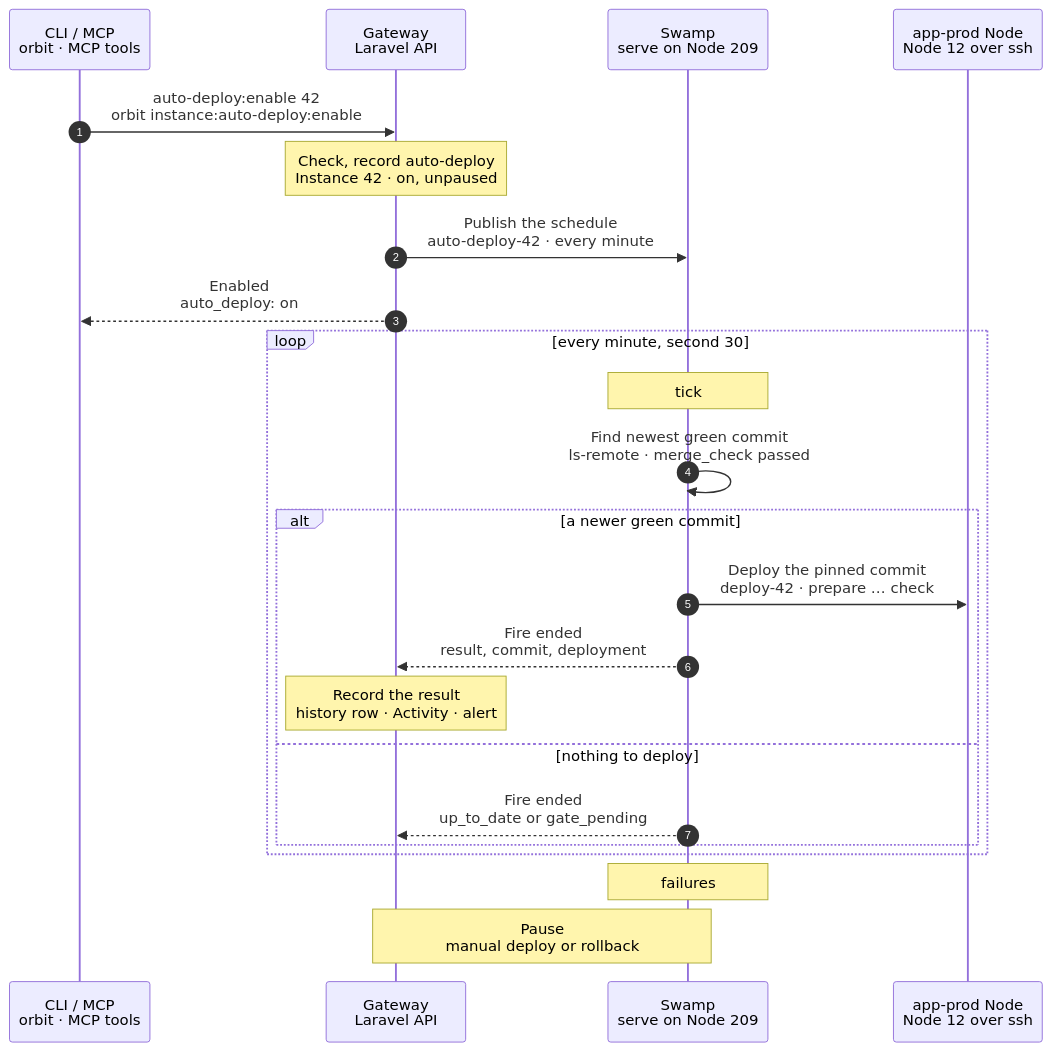
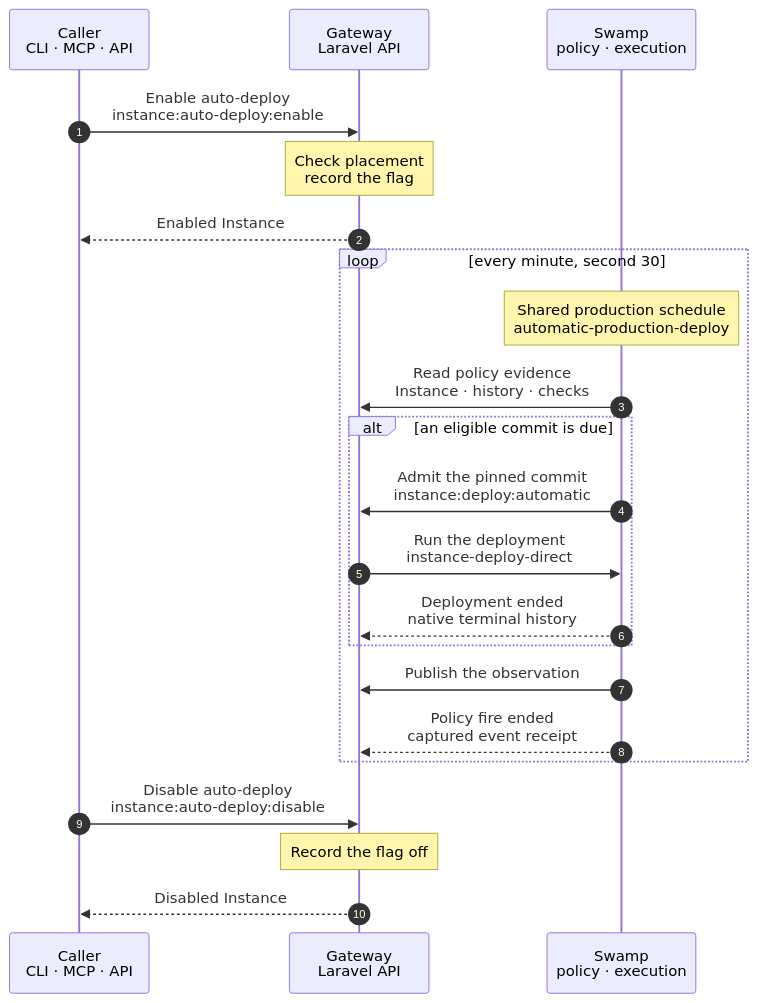
Before and after one commit to hardimpactdev/orbit: the diagram in docs/cli/instance/auto-deploy.mmd, drawn with Mermaid. The commit also changed 11 other files, not shown here.

First line of the commit message:
fix(instances): bound development retries without deployment history

```diff
--- a/docs/cli/instance/auto-deploy.mmd
+++ b/docs/cli/instance/auto-deploy.mmd
@@ -1,97 +1,53 @@
 sequenceDiagram
-  %% Production policy only. Development uses the independent Gateway precheck for active container defaults with a seed in container/deploy-default.mmd; checkout working trees are never auto-deployed. This schedule and its persisted pause are never changed by that tick.
-  %% Target design: DECISIONS 3 (automatic deploy = Gateway-published native schedule, no POST back), R1-R2, ADR 0244, behavior names by target. Replaces instance.policy_event. docs/reference/deployments.md#automatic-deployments.
-  %% Tightened: flow-tighten 2026-11-02, rules 3, 5 (no per-minute Node read: the schedule inputs carry the deployed commit, and the Gateway republishes them on each deploy).
+  %% Development uses the Gateway precheck in container/deploy-default.mmd. Production uses one shared native schedule; an Instance flag never changes its trigger or persisted pause.
   %% status: reviewed
   %% command: instance:auto-deploy:enable · Automatic deploys
   %% kind: instance.auto_deploy
   autonumber
   %% lane CLI icon=terminal pill=caller tone=gray
   %% lane GW icon=gateway pill=intent tone=blue
   %% lane SW icon=workflow pill=executes tone=green
-  %% lane N icon=server pill=target tone=amber
-  participant CLI as CLI / MCP<br/>orbit · MCP tools
+  participant CLI as Caller<br/>CLI · MCP · API
   participant GW as Gateway<br/>Laravel API
-  participant SW as Swamp<br/>serve on Node 209
-  participant N as app-prod Node<br/>Node 12 over ssh
-  CLI->>GW: auto-deploy:enable 42<br/>orbit instance:auto-deploy:enable
-  %%> Command:
-  %%> - `orbit instance:auto-deploy:enable 42`
-  %%> - syntax: `<instance>`; `instance:auto-deploy:disable <instance>` turns it off
-  %%> What it does:
-  %%> - turns the one auto_deploy flag on for production Instance 42 or a ready development container default
-  %%> - development configuration checks the shared ready-container policy without requiring the flag already on; checkout Instances refuse with instance.auto_deploy_container_default_required
-  %%> - the development scheduler and admission require the flag on; disable turns it off for that Instance without changing the production schedule
-  %%> - also resumes an Instance that a manual deploy or rollback paused
-  %%> Not included:
-  %%> - deploys nothing now and changes nothing on the Node
-  %%> Typical use:
-  %%> - a production Instance follows `main`: merge a PR, CI turns green, the next fire deploys it
-  Note over GW: Check, record auto-deploy<br/>Instance 42 · on, unpaused
+  participant SW as Swamp<br/>policy · execution
+  CLI->>GW: Enable auto-deploy<br/>instance:auto-deploy:enable
+  Note over GW: Check placement<br/>record the flag
   %%> Requirements:
-  %%> - your Node has an access grant to Node 12
-  %%> - Instance 42 is an active production Instance; before its first succeeded deployment the check reports `not_deployed`
-  %%> - when the Project has a `merge_check`, the GitHub App can read its check runs
+  %%> - an active production Instance or a ready development container default; checkout working trees refuse
+  %%> - a configured Project merge_check must be readable through the GitHub App
   %%> Result:
-  %%> - auto-deploy recorded as on and unpaused
-  GW->>SW: Publish the schedule<br/>auto-deploy-42 · every minute
-  %%> What it does:
-  %%> - publishes one native Swamp schedule for Instance 42
-  %%> Inputs:
-  %%> - branch, `merge_check`, blocked commits, retry times
-  %%> - the deployed commit; the Gateway republishes the inputs after each deploy or rollback
-  %%> - vault key names for the read token; the Gateway keeps the token fresh in the vault
-  %%> Why:
-  %%> - the run has everything it needs; it never calls the Gateway
-  GW-->>CLI: Enabled<br/>auto_deploy: on
-  %%> What you get:
-  %%> - the Instance with auto-deploy on, at once
-  %%> - no task: publishing the schedule is part of the command
+  %%> - sets the Instance's auto_deploy flag and resume point; starts no deployment
+  %%> - warns with the Project name when no merge check is configured: every moved head deploys until one is set
+  GW-->>CLI: Enabled Instance
   loop every minute, second 30
-    Note over SW: tick
-    %%> Native policy producer:
-    %%> - the retained fleet policy selects work and produces the complete event receipt
-    SW->>SW: Find newest green commit<br/>ls-remote · merge_check passed
+    Note over SW: Shared production schedule<br/>automatic-production-deploy
     %%> What it does:
-    %%> - reads the branch head with `git ls-remote`
-    %%> - walks first-parent history to the newest commit whose `merge_check` passed
-    %%> - skips blocked commits and commits whose retry isn't due
-    %%> Not included:
-    %%> - never deploys a red or pending commit
-    %%> - compares with the deployed commit from the inputs; no SSH to the production Node each minute
-    alt a newer green commit
-      SW->>N: Deploy the pinned commit<br/>deploy-42 · prepare … check
+    %%> - the single native schedule discovers enabled production Instances from the Gateway
+    %%> - keeps its persisted pause; enabling or disabling one Instance does not change this schedule
+    SW->>GW: Read policy evidence<br/>Instance · history · checks
+    %%> What it does:
+    %%> - reads the current deployed commit, target holder, resume point and Project merge_check
+    %%> - finds the newest eligible green commit on the first-parent chain; a red or pending head can have an older green ancestor
+    %%> - without a merge check, permits each moved head
+    alt an eligible commit is due
+      SW->>GW: Admit the pinned commit<br/>instance:deploy:automatic
       %%> What it does:
-      %%> - the same steps as `instance:deploy`, pinned to the commit
-      %%> - behavior `deploy-42`: one lock per Instance, so a manual deploy and a fire never overlap
-      SW-->>GW: Fire ended<br/>result, commit, deployment
-      %%> Returns:
-      %%> - the result (`started`, `failed`, `gate_failed`, …), the commit and the deployment outputs
-      Note over GW: Record the result<br/>history row · Activity · alert
+      %%> - saves a keyed intent before admission; the normal Gateway Instance lock excludes manual and automatic work
+      GW->>SW: Run the deployment<br/>instance-deploy-direct
+      %%> What it does:
+      %%> - follows instance:deploy with the pinned commit and full admitted intent
+      SW-->>GW: Deployment ended<br/>native terminal history
       %%> Result:
-      %%> - a deployment history row with origin `automatic`
-      %%> - one Activity entry `auto_deploy.<result>` when the result changes
-      %%> - a release alert for a failed deploy, a stalled commit or a pause
-      %%> On failure:
-      %%> - the commit is blocked, or gets a retry time (10, then 20 minutes)
-      %%> - the Gateway republishes the schedule with the new inputs
-    else nothing to deploy
-      SW-->>GW: Fire ended<br/>up_to_date or gate_pending
-      %%> Result:
-      %%> - the Gateway updates the last result shown by `instance:show`
-      %%> - no history row, no Activity entry
+      %%> - records deployment history; failed attempts use the production retry and blocked-commit rules
     end
+    SW->>GW: Publish the observation
+    SW-->>GW: Policy fire ended<br/>captured event receipt
+    %%> Result:
+    %%> - records changed Activity and release alerts through the shared terminal reader
   end
-  Note over SW: failures
-  %%> Native end check:
-  %%> - the policy producer records zero failures on success
-  %%> - the Gateway captures its full fire_json in the same terminal history read, including events from a failed fire
-  %%> - no reporting shell forwards or prints the receipt
-  Note over GW,SW: Pause<br/>manual deploy or rollback
-  %%> What it does:
-  %%> - a manual `instance:deploy` or `instance:rollback` pauses auto-deploy
-  %%> - the Gateway removes the schedule's trigger; no fire runs
-  %%> Resume:
-  %%> - `orbit instance:auto-deploy:enable 42` publishes it again
-  %%> Disable:
-  %%> - `orbit instance:auto-deploy:disable 42` removes the schedule
+  CLI->>GW: Disable auto-deploy<br/>instance:auto-deploy:disable
+  Note over GW: Record the flag off
+  %%> Result:
+  %%> - skips this Instance on later scans and refuses automatic admission and queued execution
+  %%> - a running deployment continues; manual deployment remains available
+  GW-->>CLI: Disabled Instance
```
